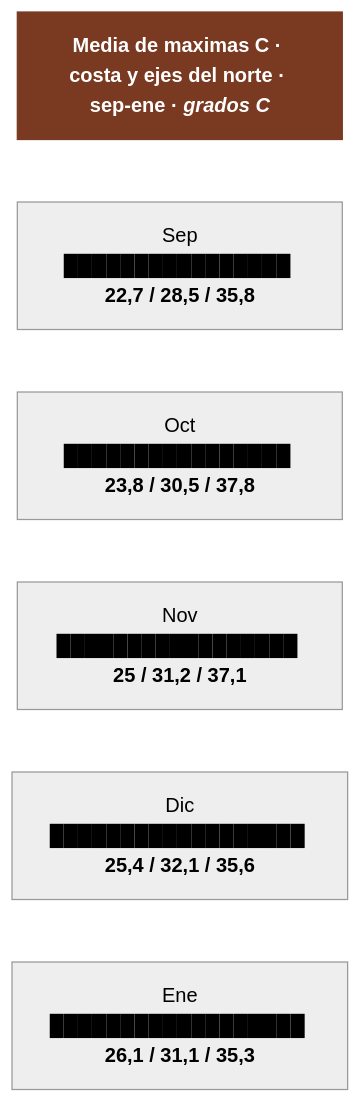
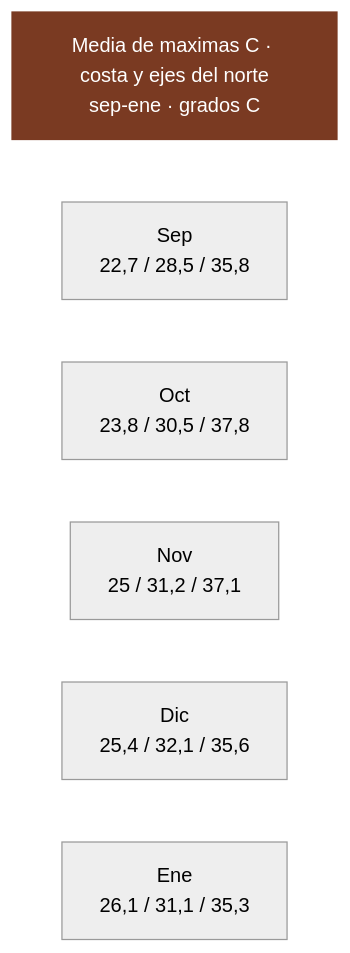
The second of 6 diagrams in 15-huecos-cerrados.md (morandeirachema/namibia), drawn with Mermaid (neutral theme) before and after one commit. The commit also changed other lines of this file and 14 other files, not shown here.

Commit message:
Arreglar el renderizado de los diagramas en GitHub: fuera emojis, negritas y barras ASCII de dentro de los nodos, que descuadraban la medida y recortaban el texto

````diff
--- a/15-huecos-cerrados.md
+++ b/15-huecos-cerrados.md
@@ -136,15 +136,15 @@
 ```mermaid
 flowchart TD
-    T["<b>Media de maximas C · costa y ejes del norte · sep-ene · <i>grados C</i></b>"]
-    n0["Sep<br/>████████████████ <b>22,7 / 28,5 / 35,8</b>"]
-    n1["Oct<br/>████████████████ <b>23,8 / 30,5 / 37,8</b>"]
-    n2["Nov<br/>█████████████████ <b>25 / 31,2 / 37,1</b>"]
-    n3["Dic<br/>██████████████████ <b>25,4 / 32,1 / 35,6</b>"]
-    n4["Ene<br/>██████████████████ <b>26,1 / 31,1 / 35,3</b>"]
+    T["Media de maximas C · costa y ejes del norte<br/>sep-ene · grados C"]
+    n0["Sep<br/>22,7 / 28,5 / 35,8"]
+    n1["Oct<br/>23,8 / 30,5 / 37,8"]
+    n2["Nov<br/>25 / 31,2 / 37,1"]
+    n3["Dic<br/>25,4 / 32,1 / 35,6"]
+    n4["Ene<br/>26,1 / 31,1 / 35,3"]
     T ~~~ n0
     n0 ~~~ n1
     n1 ~~~ n2
     n2 ~~~ n3
     n3 ~~~ n4
     style T fill:#7a3a22,color:#fff,stroke:#7a3a22
 ```
````
